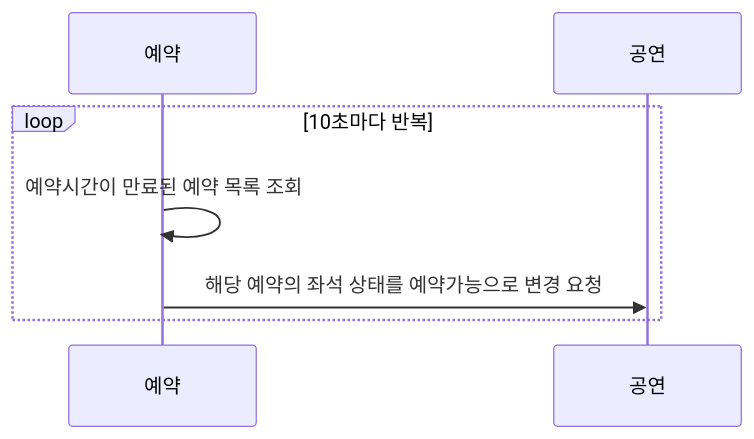
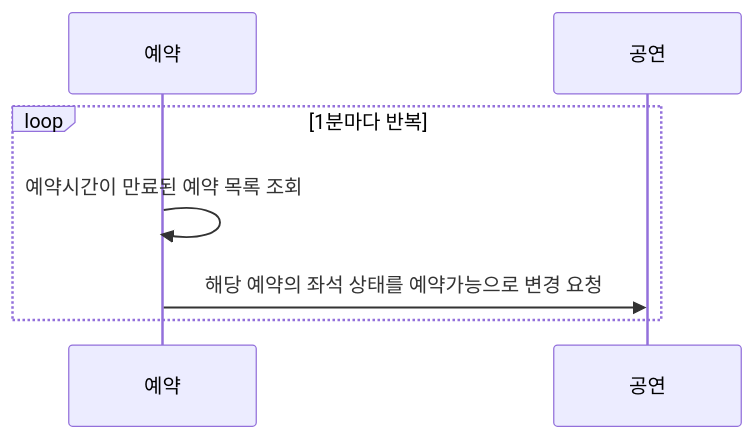
One commit to Ksanbal/Concert-Reservation-API changed the eighth of 13 diagrams in README.md. Above: the diagram before and after it, drawn with Mermaid. The commit also changed other lines of this file, not shown here.

First line of the commit message:
:books:Docs: 목차 & ERD 업데이트

````diff
--- a/README.md
+++ b/README.md
@@ -181,8 +170,8 @@
 ```mermaid
 sequenceDiagram
 
-loop 10초마다 반복
+loop 1분마다 반복
   예약 ->> 예약: 예약시간이 만료된 예약 목록 조회
   예약 ->> 공연: 해당 예약의 좌석 상태를 예약가능으로 변경 요청
 end
 ```
````
